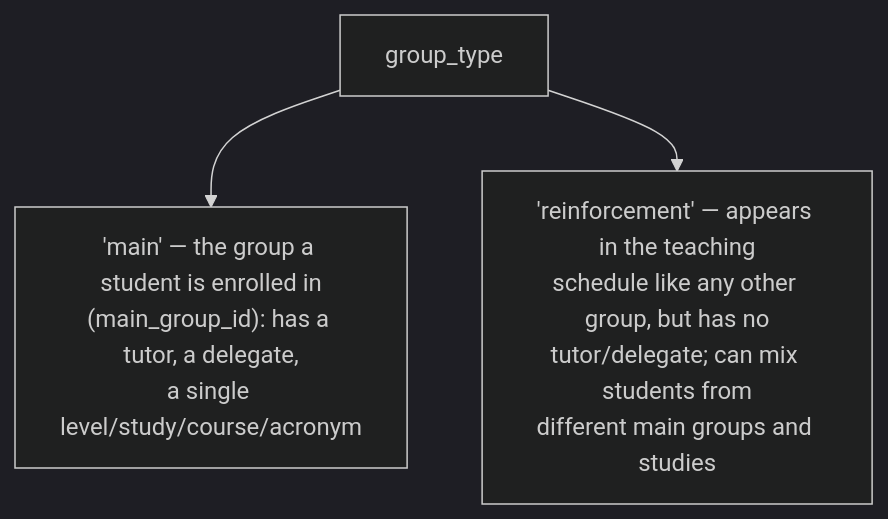
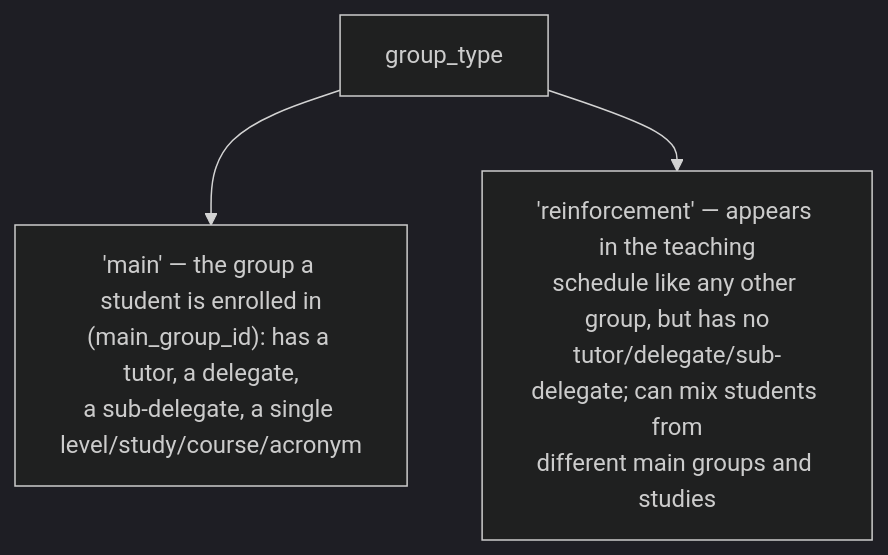
One commit to ElPuig/EMS changed the first of 9 diagrams in docs/en/developers/contacts/group.md. Above: the diagram before and after it, drawn with Mermaid (dark theme). The commit also changed other lines of this file and 234 other files, not shown here.

````diff
--- a/docs/en/developers/contacts/group.md
+++ b/docs/en/developers/contacts/group.md
@@ -15,8 +15,8 @@
 ```mermaid
 graph TD
     GT["group_type"]
-    M["'main' — the group a student is enrolled in\n(main_group_id): has a tutor, a delegate,\na single level/study/course/acronym"]
-    R["'reinforcement' — appears in the teaching\nschedule like any other group, but has no\ntutor/delegate; can mix students from\ndifferent main groups and studies"]
+    M["'main' — the group a student is enrolled in\n(main_group_id): has a tutor, a delegate,\na sub-delegate, a single level/study/course/acronym"]
+    R["'reinforcement' — appears in the teaching\nschedule like any other group, but has no\ntutor/delegate/sub-delegate; can mix students from\ndifferent main groups and studies"]
     GT --> M
     GT --> R
 ```
````
